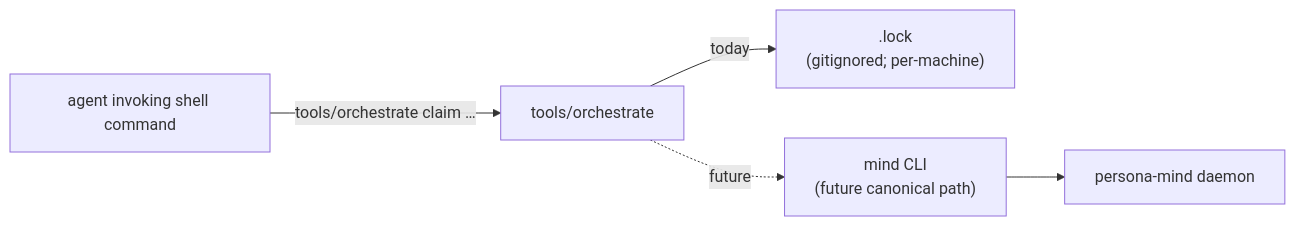
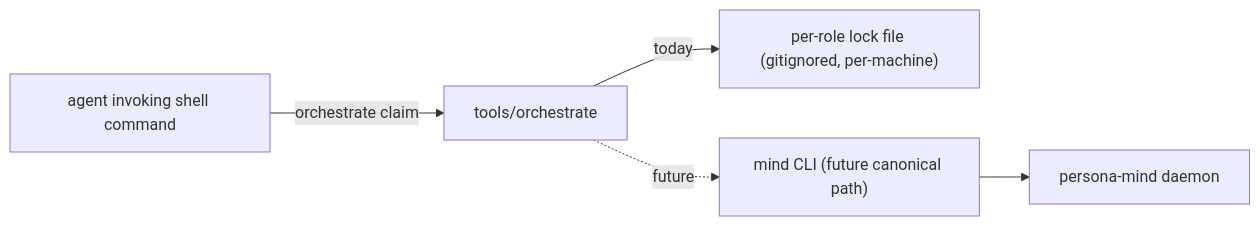
Before and after one commit to LiGoldragon/primary: diagram 13 of 18 in reports/designer/114-persona-vision-as-of-2026-05-11.md, drawn with Mermaid. The commit also changed other lines of this file, not shown here.

````diff
--- a/reports/designer/114-persona-vision-as-of-2026-05-11.md
+++ b/reports/designer/114-persona-vision-as-of-2026-05-11.md
@@ -845,13 +853,13 @@
 ```mermaid
 flowchart LR
     agent_shell["agent invoking shell command"]
     orchestrate["tools/orchestrate"]
-    lock_file["<role>.lock<br/>(gitignored; per-machine)"]
-    mind_path["mind CLI<br/>(future canonical path)"]
+    lock_file["per-role lock file (gitignored, per-machine)"]
+    mind_path["mind CLI (future canonical path)"]
     daemon_path["persona-mind daemon"]
 
-    agent_shell -->|"tools/orchestrate claim …"| orchestrate
+    agent_shell -->|orchestrate claim| orchestrate
     orchestrate -->|today| lock_file
     orchestrate -.->|future| mind_path
     mind_path --> daemon_path
 ```
````
